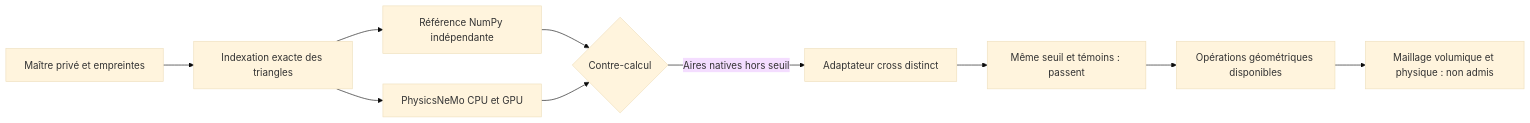
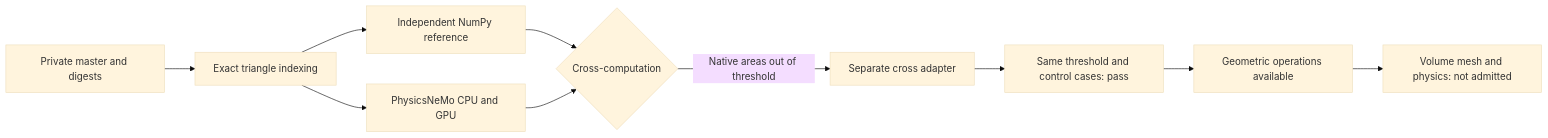
One commit to cluster2600/porscheparts changed the diagram in docs/reports/M64_PHYSICSNEMO_MESH_PILOT_20260912.md. Above: the diagram before and after it, drawn with Mermaid (base theme). The commit also changed other lines of this file and 228 other files, not shown here.

````diff
--- a/docs/reports/M64_PHYSICSNEMO_MESH_PILOT_20260912.md
+++ b/docs/reports/M64_PHYSICSNEMO_MESH_PILOT_20260912.md
@@ -65,12 +65,12 @@
 ```mermaid
 flowchart LR
-    A["Maître privé et empreintes"] --> B["Indexation exacte des triangles"]
-    B --> C["Référence NumPy indépendante"]
-    B --> D["PhysicsNeMo CPU et GPU"]
-    C --> E{"Contre-calcul"}
+    A["Private master and digests"] --> B["Exact triangle indexing"]
+    B --> C["Independent NumPy reference"]
+    B --> D["PhysicsNeMo CPU and GPU"]
+    C --> E{"Cross-computation"}
     D --> E
-    E -->|"Aires natives hors seuil"| F["Adaptateur cross distinct"]
-    F --> G["Même seuil et témoins : passent"]
-    G --> H["Opérations géométriques disponibles"]
-    H --> I["Maillage volumique et physique : non admis"]
+    E -->|"Native areas out of threshold"| F["Separate cross adapter"]
+    F --> G["Same threshold and control cases: pass"]
+    G --> H["Geometric operations available"]
+    H --> I["Volume mesh and physics: not admitted"]
 ```
````
